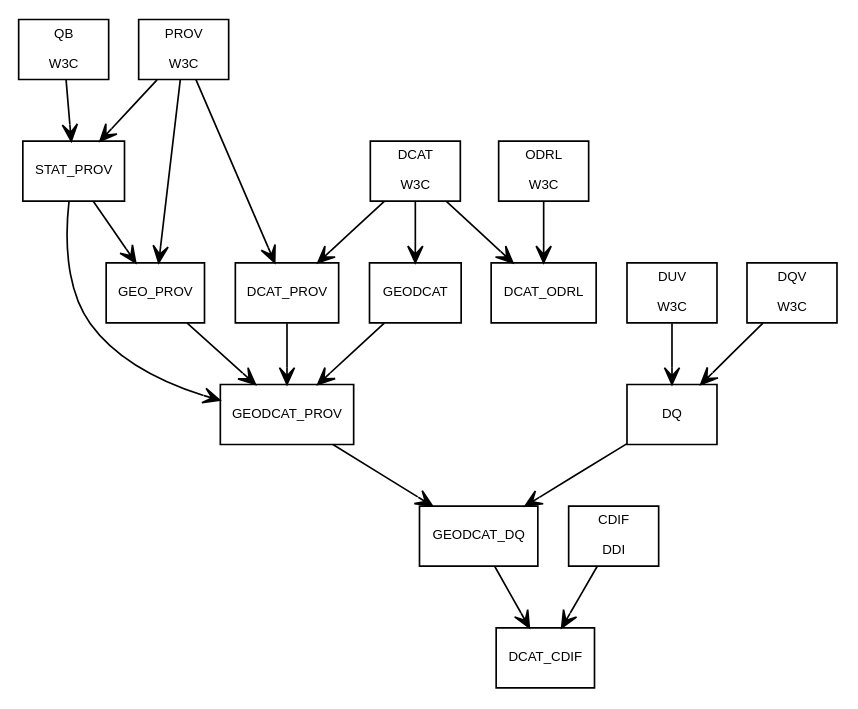
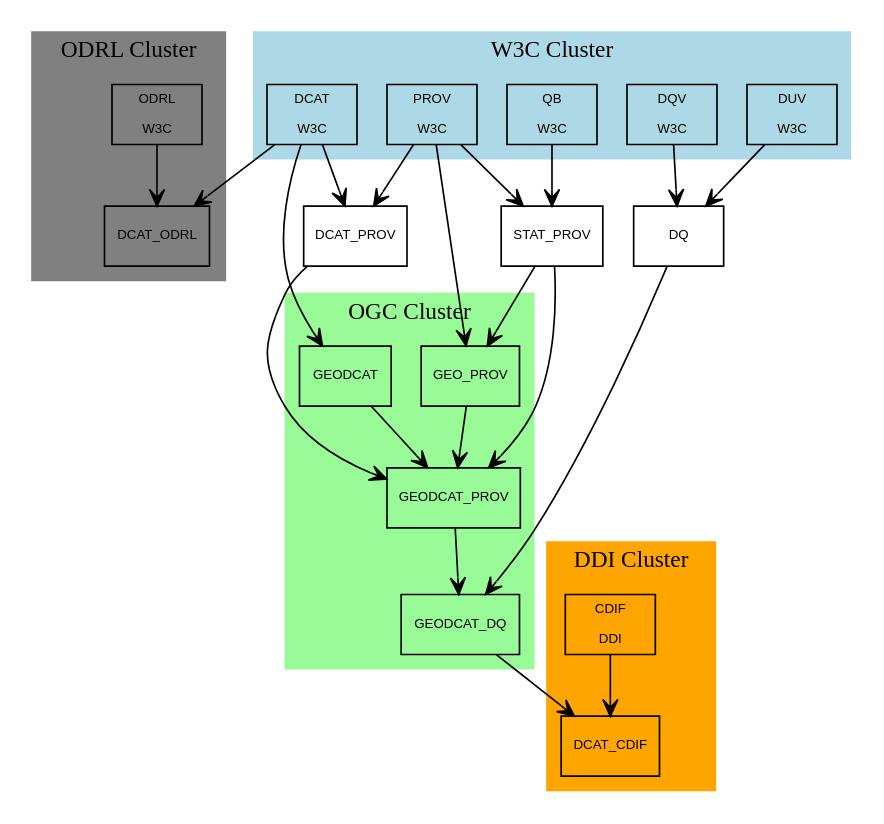
The diagram in 2023-10-05_dagstuhl_model.dot (pwin/scraps), drawn with Graphviz before and after one commit.

Commit message:
Update 2023-10-05_dagstuhl_model.dot
added clustering

```diff
--- a/2023-10-05_dagstuhl_model.dot
+++ b/2023-10-05_dagstuhl_model.dot
@@ -1,96 +1,137 @@
 digraph Dagstuhl{
 ratio = "auto"
+concentrate=true;
 
 node [
 fontname = Helvetica
 fontsize = 8
 shape = "record"
 ]
 
 edge [
 arrowtail = "empty"
 arrowhead = "vee"
 fontsize=8
 fontcolor=red
 fontname=Helvetica
 ]
 
 
 DCAT[
 label = "{DCAT\n\nW3C}"
 ]
 
 PROV [
 label = "{PROV\n\nW3C}"
 ]
 
 QB [
 label = "{QB\n\nW3C}"
 ]
 ODRL [
 label = "{ODRL\n\nW3C}"
 ]
 GEO_DCAT [
 label = "{GEODCAT}"
 ]
 GEO_PROV [
 label = "{GEO_PROV}"
 ]
 STAT_PROV [
 label = "{STAT_PROV}"
 ]
 DCAT_PROV [
 label = "{DCAT_PROV}"
 ]
 GEO_DCAT_PROV [
 label = "{GEODCAT_PROV}"
 ]
 GEO_DCAT_DQ [
 label = "{GEODCAT_DQ}"
 ]
 GEO_DCAT_DQ [
 label = "{GEODCAT_DQ}"
 ]
 CDIF[
 label = "{CDIF\n\nDDI}"
 ]
 DCAT_CDIF[
 label = "{DCAT_CDIF}"
 ]
 DQV [
 label="{DQV\n\nW3C}"
 ]
 DUV [
 label="{DUV\n\nW3C}"
 ]
 DQ [
 label="{DQ}"
 ]
 
+subgraph cluster_OGC {
+		style=filled;
+		color=palegreen;
+
+GEO_DCAT -> GEO_DCAT_PROV ;
+GEO_DCAT_PROV -> GEO_DCAT_DQ ;
+GEO_PROV -> GEO_DCAT_PROV ;
+label = "OGC Cluster";
+}
+
+
+subgraph cluster_DDI {
+		style=filled;
+		color=orange;
+CDIF;
+DCAT_CDIF; 
+label = "DDI Cluster";
+}
+
+
+subgraph cluster_ODRL {
+		style=filled;
+		color=grey;
+ODRL -> DCAT_ODRL ;
+label = "ODRL Cluster";
+}
+
+subgraph cluster_W3C {
+		style=filled;
+		color=lightblue;
+DQV;
+DUV;
+DCAT;
+PROV;
+QB ;
+label = "W3C Cluster";
+}
+
 DQV -> DQ;
 DUV -> DQ ;
 DQ -> GEO_DCAT_DQ ;
+GEO_DCAT -> GEO_DCAT_PROV ;
+GEO_DCAT_PROV -> GEO_DCAT_DQ ;
+GEO_PROV -> GEO_DCAT_PROV ;
+DCAT -> GEO_DCAT ;
 
-DCAT -> GEO_DCAT ;
-GEO_DCAT -> GEO_DCAT_PROV ;
 DCAT -> DCAT_PROV ;
 DCAT_PROV -> GEO_DCAT_PROV ;
-GEO_DCAT_PROV -> GEO_DCAT_DQ ;
+
 QB -> STAT_PROV ;
 PROV -> STAT_PROV ;
 STAT_PROV -> GEO_DCAT_PROV ;
 DCAT -> DCAT_ODRL ;
 PROV -> DCAT_PROV ;
 PROV -> GEO_PROV ;
 STAT_PROV -> GEO_PROV ;
 ODRL -> DCAT_ODRL ;
-GEO_PROV -> GEO_DCAT_PROV ;
+
 CDIF -> DCAT_CDIF ;
 GEO_DCAT_DQ -> DCAT_CDIF ;
 
 
 #dcatCatalog -> foafAgent [label="dct:publisher"]
 #edge [headlabel = "1..*"]
 
 
 }
```
